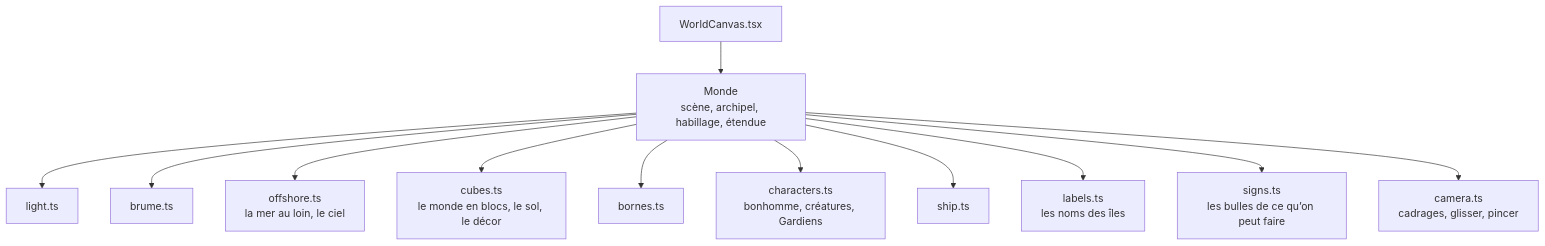
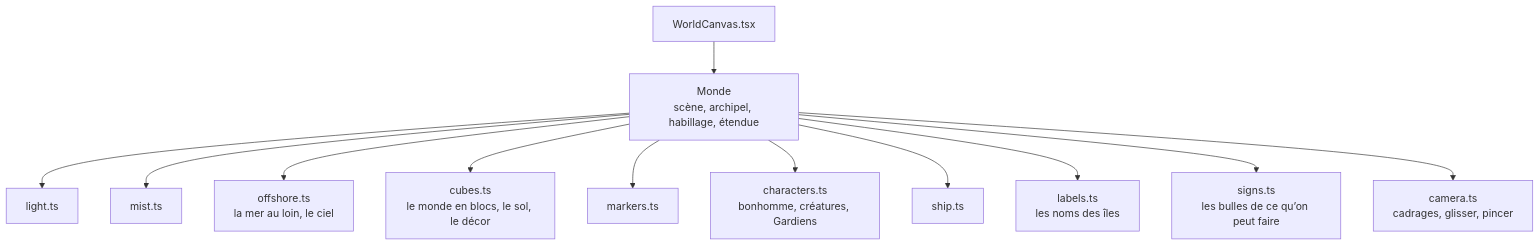
One commit to g7ed6e/dysapps changed the second of 3 diagrams in docs/architecture/monde.md. Above: the diagram before and after it, drawn with Mermaid. The commit also changed other lines of this file and 74 other files, not shown here.

````diff
--- a/docs/architecture/monde.md
+++ b/docs/architecture/monde.md
@@ -28,14 +28,14 @@
 ```mermaid
 flowchart TD
   wc[WorldCanvas.tsx] --> monde[Monde<br/>scène, archipel, habillage, étendue]
   monde --> lumiere[light.ts]
-  monde --> brume[brume.ts]
+  monde --> brume[mist.ts]
   monde --> large[offshore.ts<br/>la mer au loin, le ciel]
   monde --> cubes[cubes.ts<br/>le monde en blocs, le sol, le décor]
-  monde --> bornes[bornes.ts]
+  monde --> bornes[markers.ts]
   monde --> personnages[characters.ts<br/>bonhomme, créatures, Gardiens]
   monde --> navire[ship.ts]
   monde --> etiquettes[labels.ts<br/>les noms des îles]
   monde --> signes[signs.ts<br/>les bulles de ce qu’on peut faire]
   monde --> camera[camera.ts<br/>cadrages, glisser, pincer]
 ```
````
